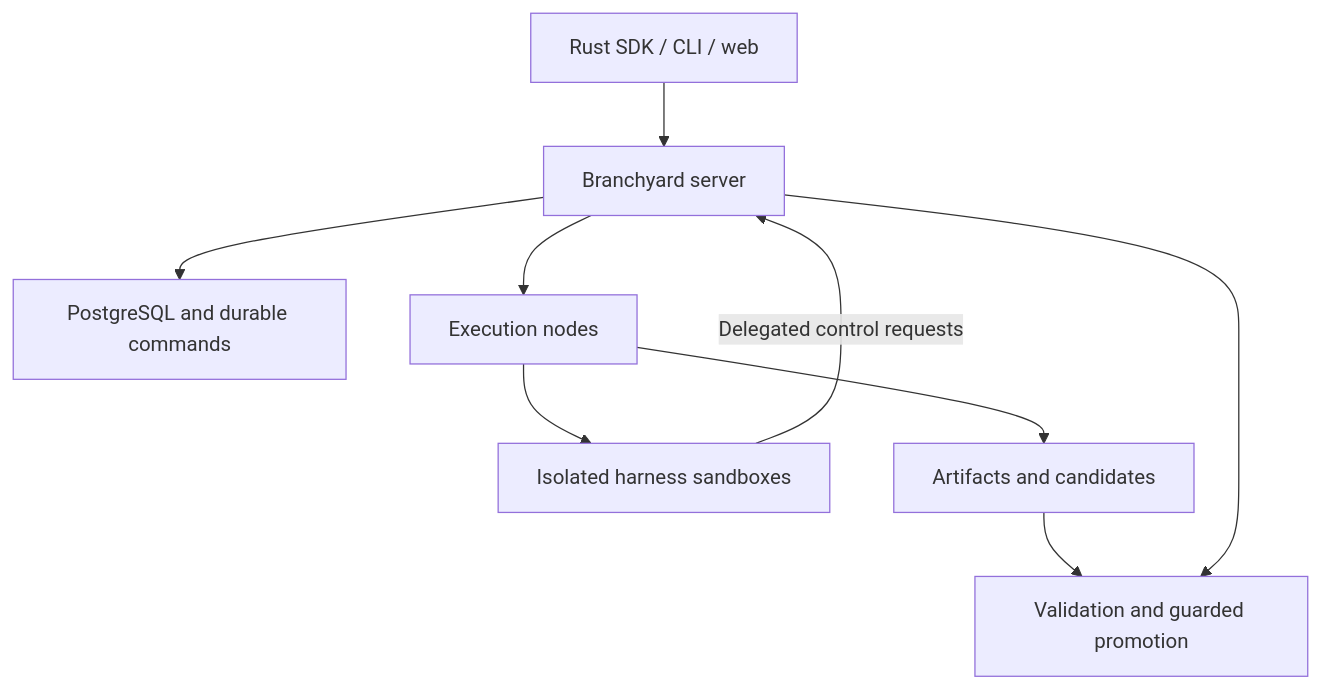
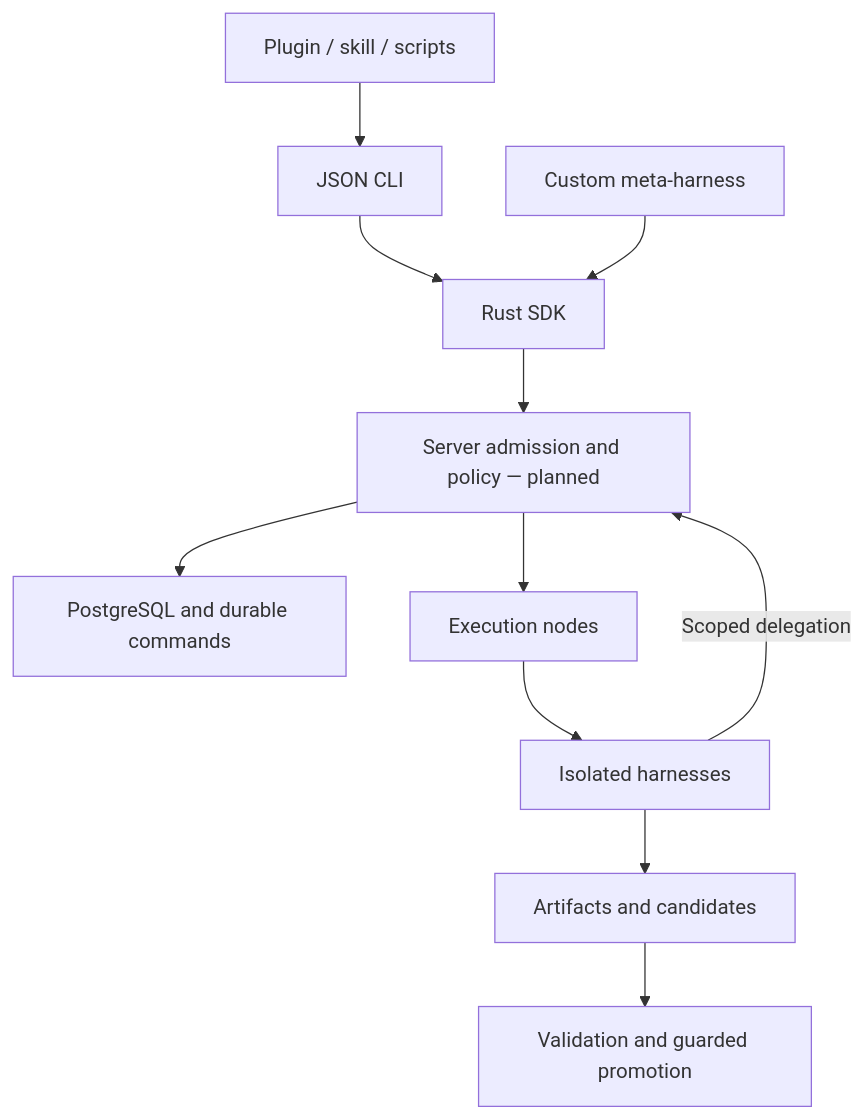
The diagram in README.md (vamsiramakrishnan/branchyard), drawn with Mermaid before and after one commit. The commit also changed other lines of this file and 37 other files, not shown here.

First line of the commit message:
Build the Branchyard SDK and portable harness surface

````diff
--- a/README.md
+++ b/README.md
@@ -29,11 +87,13 @@
 ```mermaid
 flowchart TD
-    Client["Rust SDK / CLI / web"] --> Server["Branchyard server"]
+    Plugin["Plugin / skill / scripts"] --> CLI["JSON CLI"]
+    CLI --> SDK["Rust SDK"]
+    App["Custom meta-harness"] --> SDK
+    SDK --> Server["Server admission and policy — planned"]
     Server --> State["PostgreSQL and durable commands"]
     Server --> Nodes["Execution nodes"]
-    Nodes --> Sandboxes["Isolated harness sandboxes"]
-    Sandboxes -->|"Delegated control requests"| Server
-    Nodes --> Artifacts["Artifacts and candidates"]
-    Artifacts --> Checks["Validation and guarded promotion"]
-    Server --> Checks
+    Nodes --> Sandboxes["Isolated harnesses"]
+    Sandboxes -->|"Scoped delegation"| Server
+    Sandboxes --> Results["Artifacts and candidates"]
+    Results --> Integration["Validation and guarded promotion"]
 ```
````
